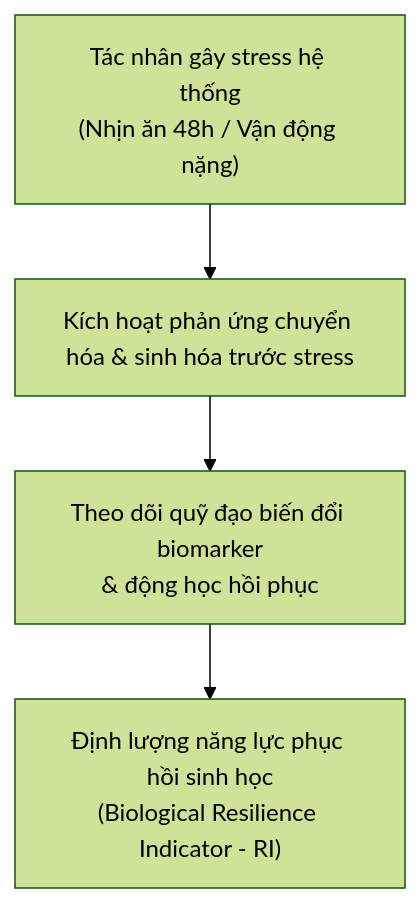
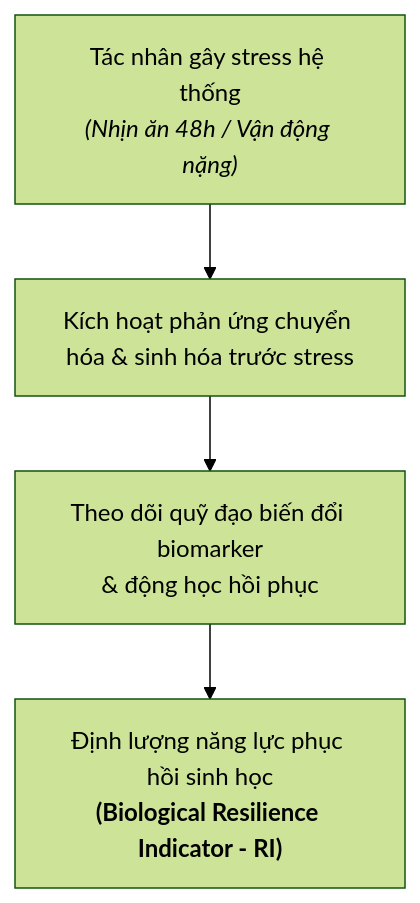
One commit to justinkaxau/mercury changed the first of 2 diagrams in content/Nghiên cứu DELTA/Nghiên cứu DELTA - Bài 2. Bức tranh động học biomarker và năng lực phục hồi sinh học.md. Above: the diagram before and after it, drawn with Mermaid (forest theme). The commit also changed other lines of this file and 3 other files, not shown here.

Commit message:
fix(mermaid): fix mermaid syntax and add prebuild script for minimal theme compatibility

````diff
--- a/content/Nghiên cứu DELTA/Nghiên cứu DELTA - Bài 2. Bức tranh động học biomarker và năng lực phục hồi sinh học.md
+++ b/content/Nghiên cứu DELTA/Nghiên cứu DELTA - Bài 2. Bức tranh động học biomarker và năng lực phục hồi sinh học.md
@@ -15,6 +13,6 @@
 ```mermaid
 flowchart TD
-    A["Tác nhân gây stress hệ thống\n(Nhịn ăn 48h / Vận động nặng)"] --> B["Kích hoạt phản ứng chuyển hóa & sinh hóa trước stress"]
-    B --> C["Theo dõi quỹ đạo biến đổi biomarker\n& động học hồi phục"]
-    C --> D["Định lượng năng lực phục hồi sinh học\n(Biological Resilience Indicator - RI)"]
+    A["Tác nhân gây stress hệ thống<br><i>(Nhịn ăn 48h / Vận động nặng)</i>"] --> B["Kích hoạt phản ứng chuyển hóa & sinh hóa trước stress"]
+    B --> C["Theo dõi quỹ đạo biến đổi biomarker<br>& động học hồi phục"]
+    C --> D["Định lượng năng lực phục hồi sinh học<br><b>(Biological Resilience Indicator - RI)</b>"]
 ```
````
